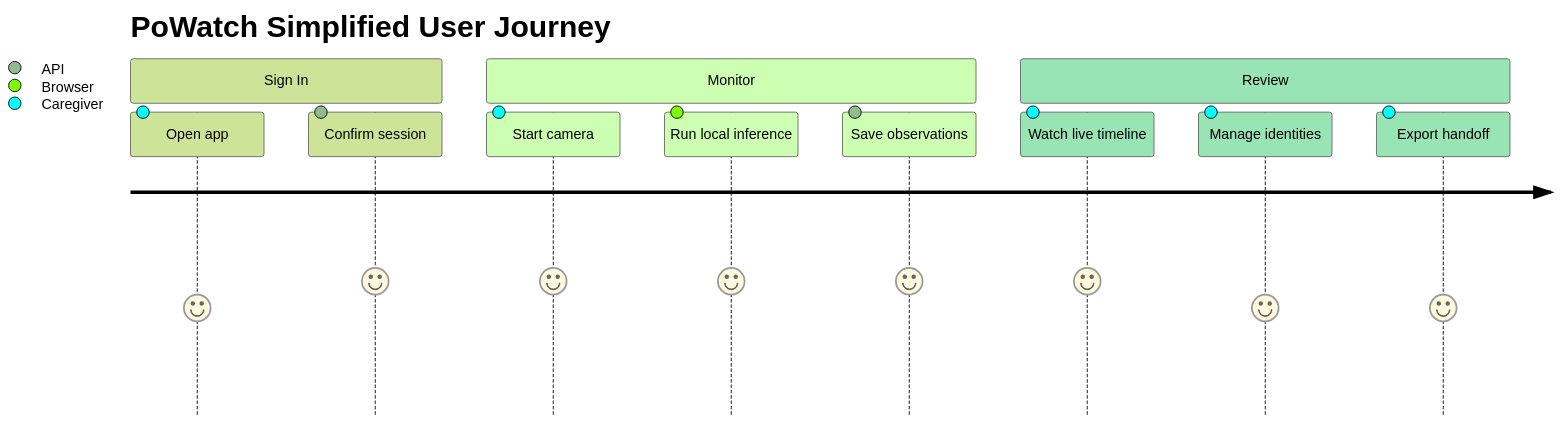
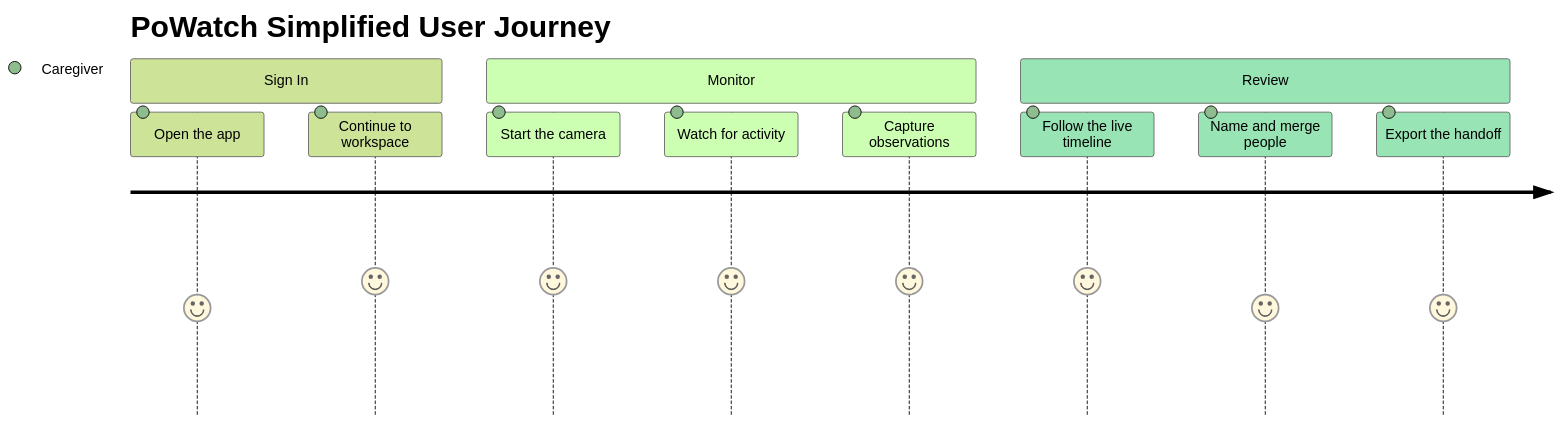
One commit to punkouter26/PoWatch changed the diagram in docs/User_Journey_simplified.mmd. Above: the diagram before and after it, drawn with Mermaid (forest theme). The commit also changed 90 other files, not shown here.

```diff
--- a/docs/User_Journey_simplified.mmd
+++ b/docs/User_Journey_simplified.mmd
@@ -1,13 +1,13 @@
 journey
     title PoWatch Simplified User Journey
     section Sign In
-      Open app: 4: Caregiver
-      Confirm session: 5: API
+      Open the app: 4: Caregiver
+      Continue to workspace: 5: Caregiver
     section Monitor
-      Start camera: 5: Caregiver
-      Run local inference: 5: Browser
-      Save observations: 5: API
+      Start the camera: 5: Caregiver
+      Watch for activity: 5: Caregiver
+      Capture observations: 5: Caregiver
     section Review
-      Watch live timeline: 5: Caregiver
-      Manage identities: 4: Caregiver
-      Export handoff: 4: Caregiver
+      Follow the live timeline: 5: Caregiver
+      Name and merge people: 4: Caregiver
+      Export the handoff: 4: Caregiver
```
